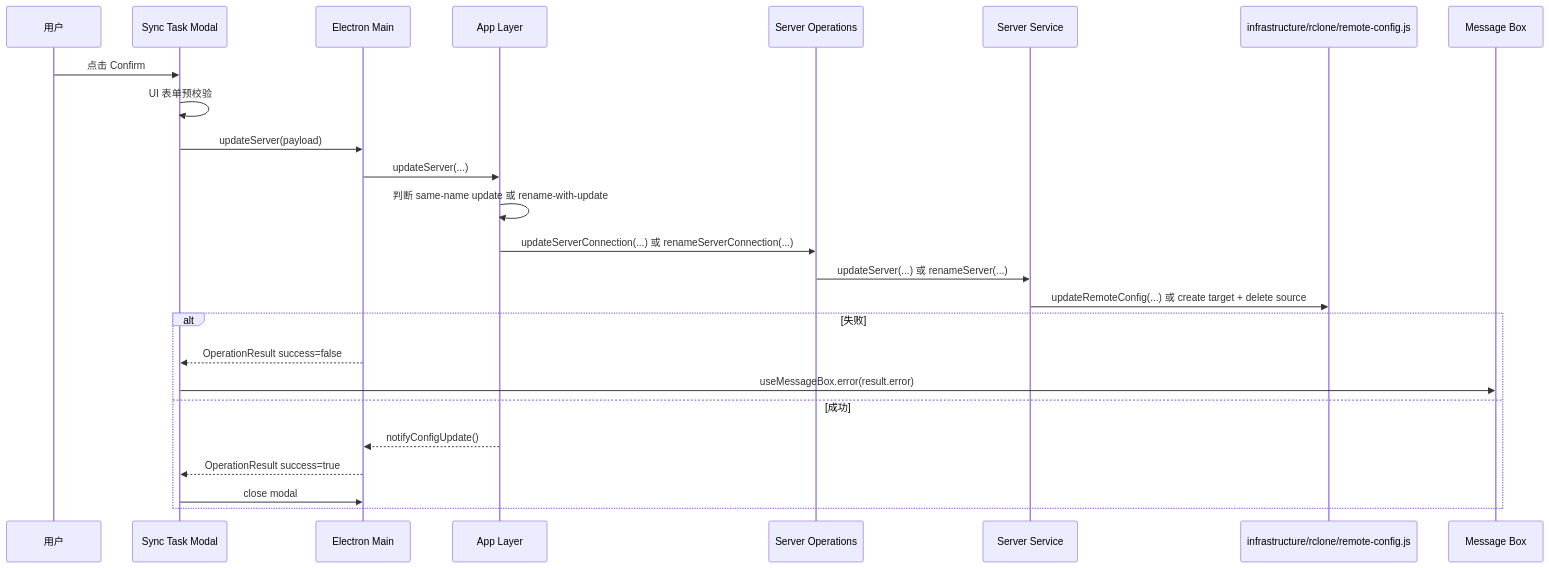
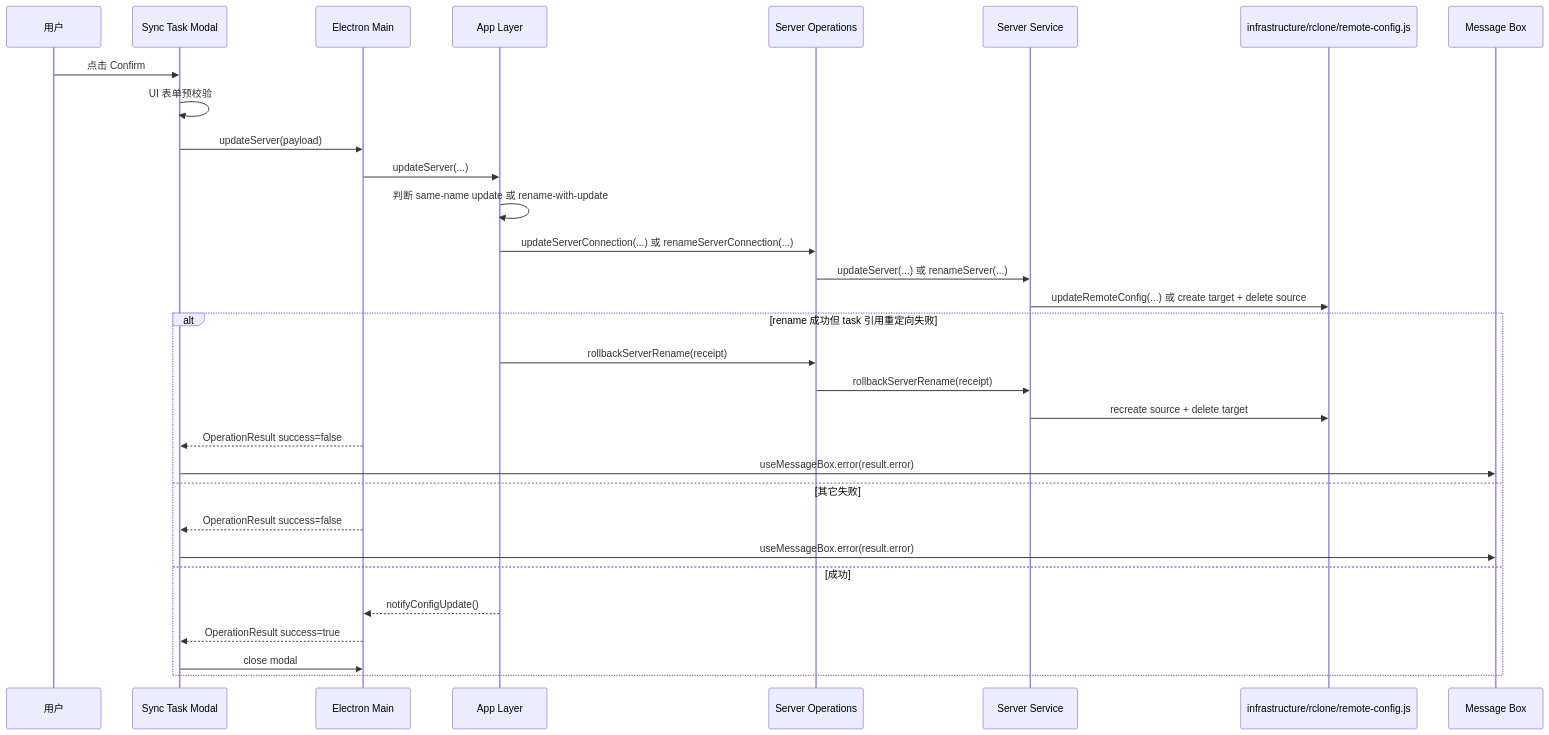
Before and after one commit to agalloch21/sync-with-rclone: diagram 14 of 15 in docs/Flows.md, drawn with Mermaid. The commit also changed other lines of this file and 17 other files, not shown here.

````diff
--- a/docs/Flows.md
+++ b/docs/Flows.md
@@ -452,28 +452,34 @@
 ```mermaid
 sequenceDiagram
   participant U as 用户
   participant M as Sync Task Modal
   participant EM as Electron Main
   participant APP as App Layer
   participant SO as Server Operations
   participant SS as Server Service
   participant RC as infrastructure/rclone/remote-config.js
   participant MB as Message Box
 
   U->>M: 点击 Confirm
   M->>M: UI 表单预校验
   M->>EM: updateServer(payload)
   EM->>APP: updateServer(...)
   APP->>APP: 判断 same-name update 或 rename-with-update
   APP->>SO: updateServerConnection(...) 或 renameServerConnection(...)
   SO->>SS: updateServer(...) 或 renameServer(...)
   SS->>RC: updateRemoteConfig(...) 或 create target + delete source
-  alt 失败
+  alt rename 成功但 task 引用重定向失败
+    APP->>SO: rollbackServerRename(receipt)
+    SO->>SS: rollbackServerRename(receipt)
+    SS->>RC: recreate source + delete target
+    EM-->>M: OperationResult success=false
+    M->>MB: useMessageBox.error(result.error)
+  else 其它失败
     EM-->>M: OperationResult success=false
     M->>MB: useMessageBox.error(result.error)
   else 成功
     APP-->>EM: notifyConfigUpdate()
     EM-->>M: OperationResult success=true
     M->>EM: close modal
   end
 ```
````
